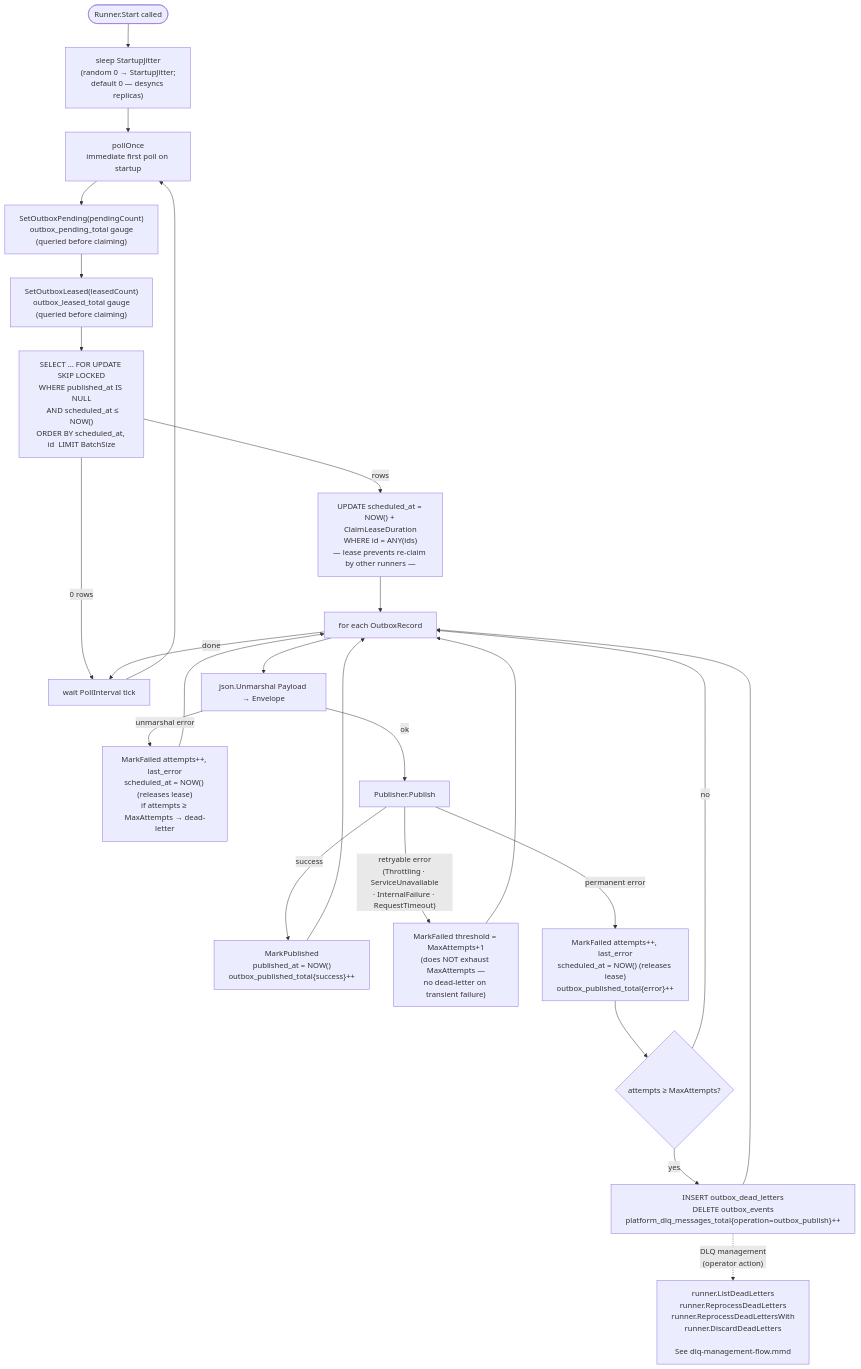
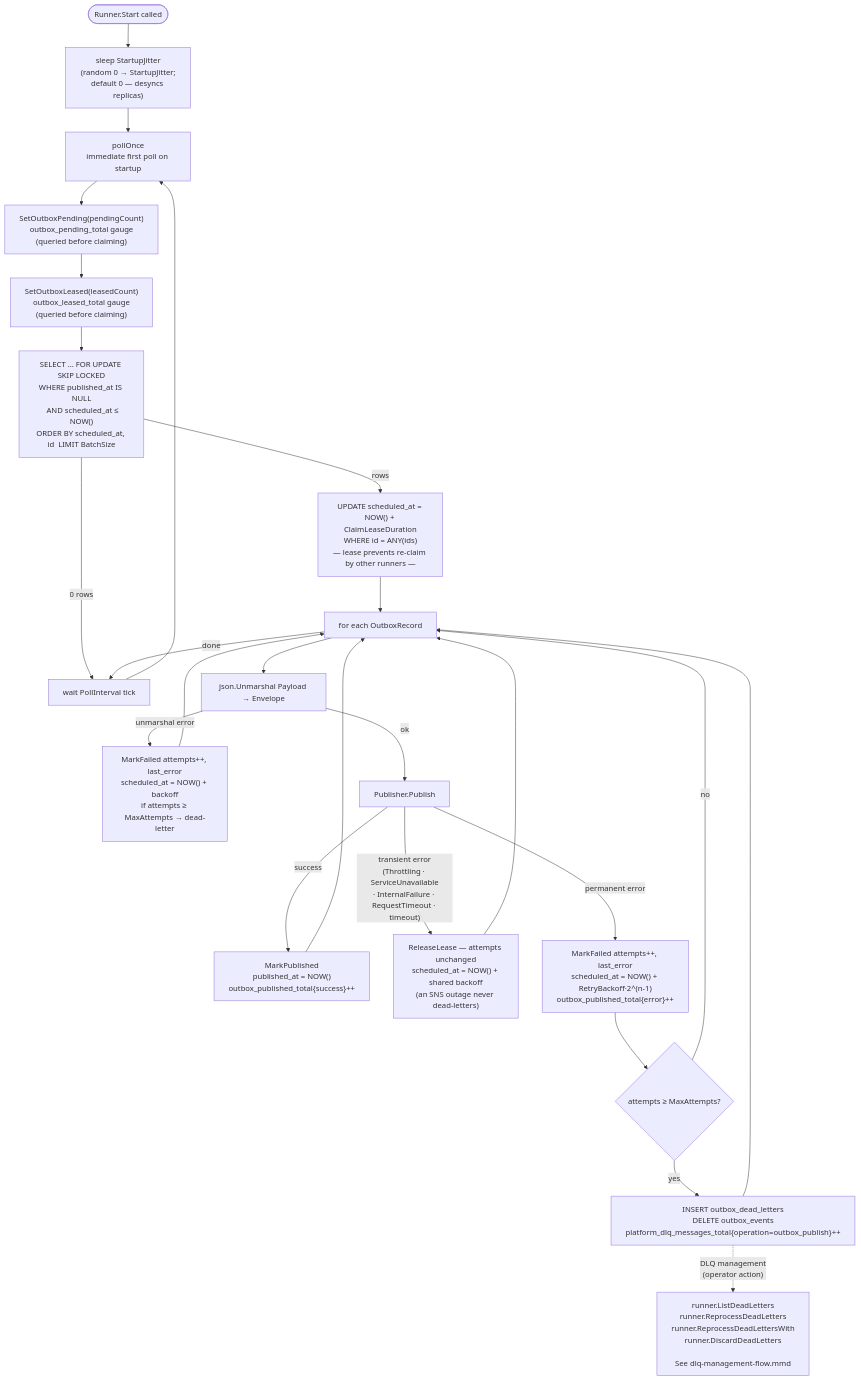
One commit to BCBP-SOLUTIONS-FZC-LLC/platform-events changed the diagram in docs/architecture/mermaid/outbox-poll-cycle.mmd. Above: the diagram before and after it, drawn with Mermaid. The commit also changed 42 other files, not shown here.

```diff
--- a/docs/architecture/mermaid/outbox-poll-cycle.mmd
+++ b/docs/architecture/mermaid/outbox-poll-cycle.mmd
@@ -1,26 +1,26 @@
 flowchart TD
     A([Runner.Start called]) --> JIT["sleep StartupJitter\n(random 0 → StartupJitter;\ndefault 0 — desyncs replicas)"]
     JIT --> P[pollOnce\nimmediate first poll on startup]
     P --> PM["SetOutboxPending(pendingCount)\noutbox_pending_total gauge\n(queried before claiming)"]
     PM --> LM["SetOutboxLeased(leasedCount)\noutbox_leased_total gauge\n(queried before claiming)"]
     LM --> C["SELECT … FOR UPDATE SKIP LOCKED\nWHERE published_at IS NULL\n  AND scheduled_at ≤ NOW()\nORDER BY scheduled_at, id  LIMIT BatchSize"]
     C -- 0 rows --> B[wait PollInterval tick]
     B --> P
     C -- rows --> L["UPDATE scheduled_at = NOW() + ClaimLeaseDuration\nWHERE id = ANY(ids)\n— lease prevents re-claim by other runners —"]
     L --> D[for each OutboxRecord]
     D --> E[json.Unmarshal Payload → Envelope]
-    E -- unmarshal error --> F["MarkFailed attempts++, last_error\nscheduled_at = NOW() (releases lease)\nif attempts ≥ MaxAttempts → dead-letter"]
+    E -- unmarshal error --> F["MarkFailed attempts++, last_error\nscheduled_at = NOW() + backoff\nif attempts ≥ MaxAttempts → dead-letter"]
     F --> D
     E -- ok --> G[Publisher.Publish]
     G -- success --> H["MarkPublished\npublished_at = NOW()\noutbox_published_total{success}++"]
     H --> D
-    G -- retryable error\n(Throttling · ServiceUnavailable\n· InternalFailure · RequestTimeout) --> RI["MarkFailed threshold = MaxAttempts+1\n(does NOT exhaust MaxAttempts —\nno dead-letter on transient failure)"]
+    G -- transient error\n(Throttling · ServiceUnavailable\n· InternalFailure · RequestTimeout · timeout) --> RI["ReleaseLease — attempts unchanged\nscheduled_at = NOW() + shared backoff\n(an SNS outage never dead-letters)"]
     RI --> D
-    G -- permanent error --> I["MarkFailed attempts++, last_error\nscheduled_at = NOW() (releases lease)\noutbox_published_total{error}++"]
+    G -- permanent error --> I["MarkFailed attempts++, last_error\nscheduled_at = NOW() + RetryBackoff·2^(n-1)\noutbox_published_total{error}++"]
     I --> J{attempts ≥ MaxAttempts?}
     J -- yes --> K["INSERT outbox_dead_letters\nDELETE outbox_events\nplatform_dlq_messages_total{operation=outbox_publish}++"]
     J -- no  --> D
     K --> D
     D -- done --> B
 
     K -.->|"DLQ management\n(operator action)"|DLQ["runner.ListDeadLetters\nrunner.ReprocessDeadLetters\nrunner.ReprocessDeadLettersWith\nrunner.DiscardDeadLetters\n\nSee dlq-management-flow.mmd"]
```
